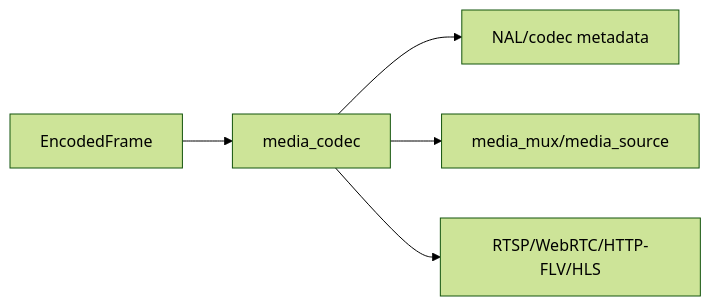
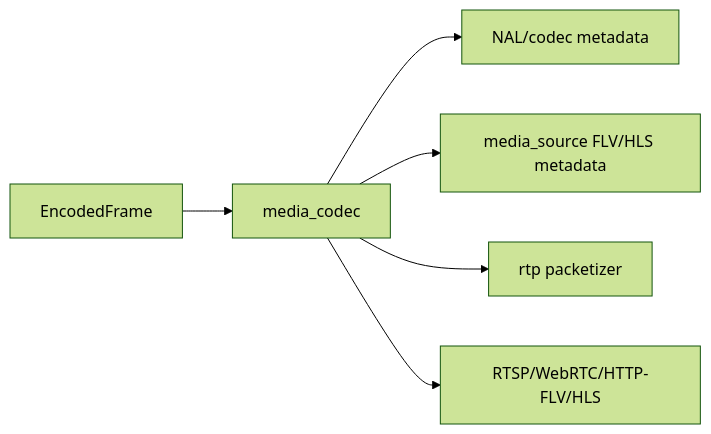
The diagram in docs/libs/media_codec.md (373699756/live_stream), drawn with Mermaid (forest theme) before and after one commit. The commit also changed other lines of this file and 41 other files, not shown here.

Commit message:
refactor: split media mux responsibilities

````diff
--- a/docs/libs/media_codec.md
+++ b/docs/libs/media_codec.md
@@ -14,7 +15,8 @@
 ```mermaid
 flowchart LR
   Encoded[EncodedFrame] --> Codec[media_codec]
   Codec --> Parse[NAL/codec metadata]
-  Codec --> Mux[media_mux/media_source]
+  Codec --> Source[media_source FLV/HLS metadata]
+  Codec --> RTP[rtp packetizer]
   Codec --> Protocol[RTSP/WebRTC/HTTP-FLV/HLS]
 ```
````
